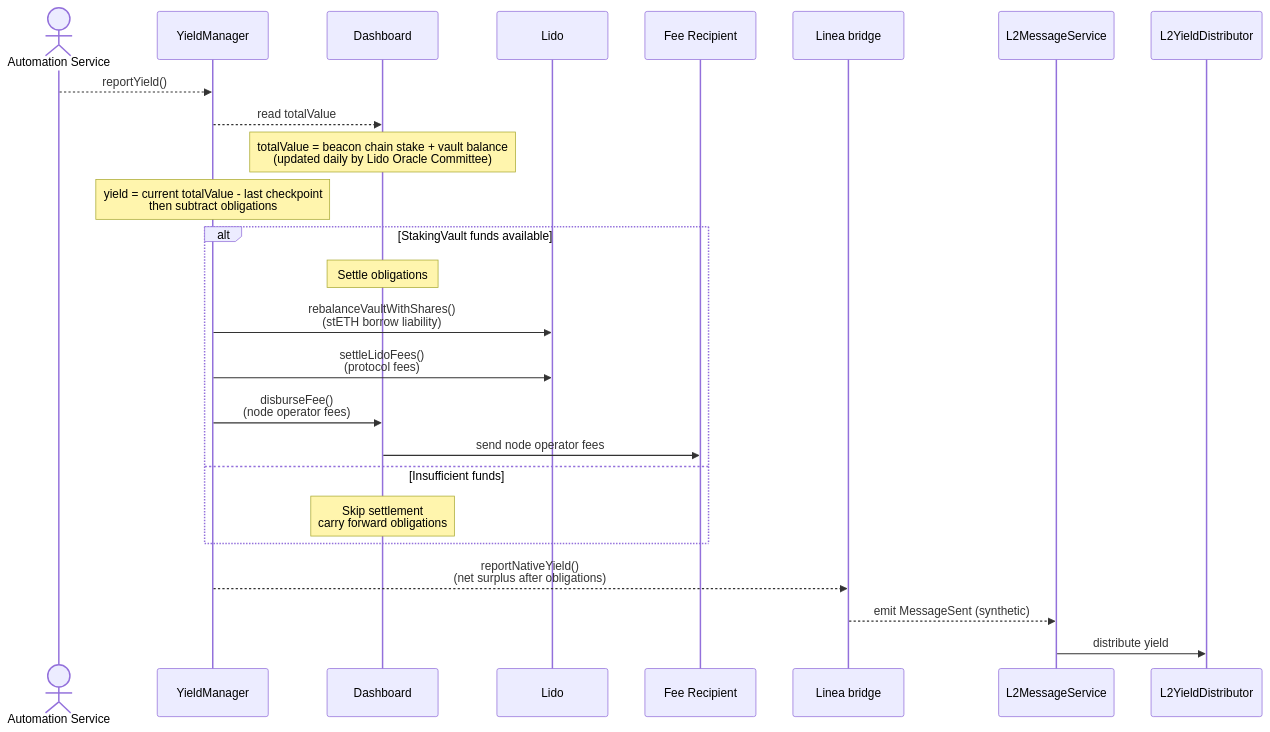
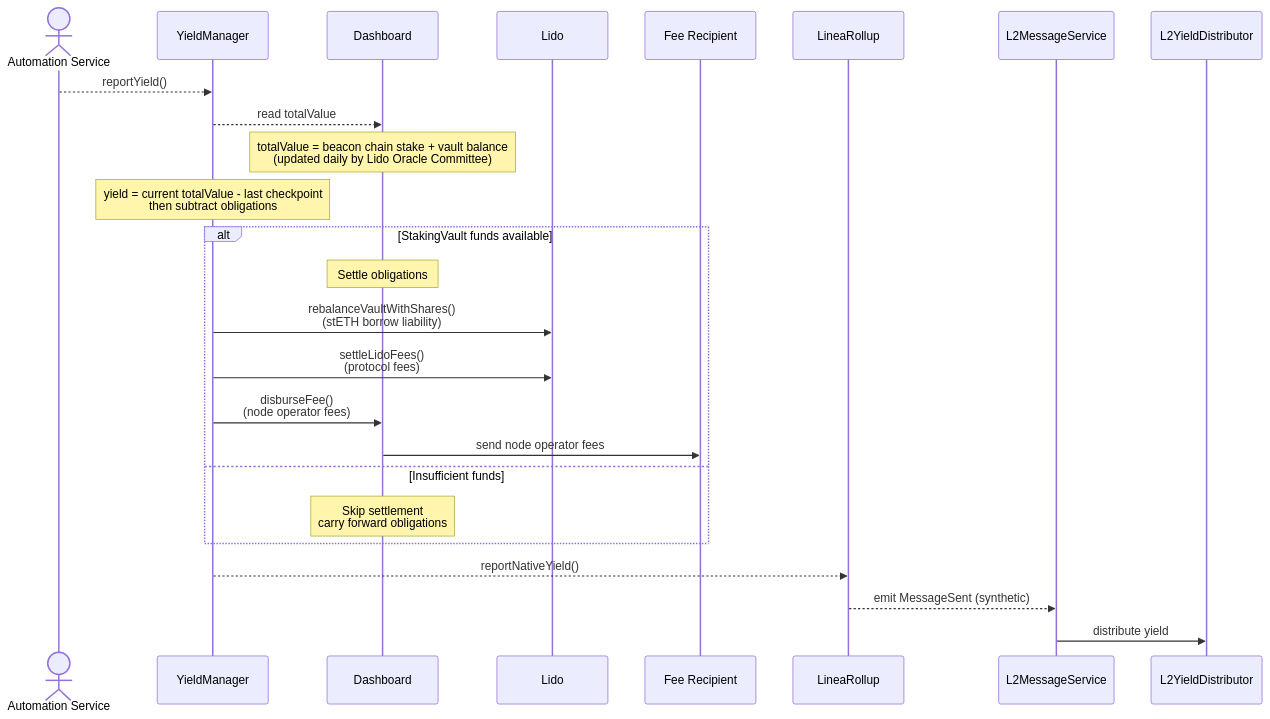
The fifth of 8 diagrams in docs/protocol/yield-boost-architecture.mdx (Consensys/doc.linea), drawn with Mermaid before and after one commit. The commit also changed other lines of this file and 1 other file, not shown here.

````diff
--- a/docs/protocol/yield-boost-architecture.mdx
+++ b/docs/protocol/yield-boost-architecture.mdx
@@ -211,30 +212,30 @@
 ```mermaid
 sequenceDiagram
     actor Auto as Automation Service
     participant YM as YieldManager
     participant DB as Dashboard
     participant Lido as Lido
     participant Fee as Fee Recipient
-    participant LR as Linea bridge
+    participant LR as LineaRollup
     participant L2MS as L2MessageService
     participant L2YD as L2YieldDistributor
 
     Auto-->>YM: reportYield()
     YM-->>DB: read totalValue
     Note over DB: totalValue = beacon chain stake + vault balance<br/>(updated daily by Lido Oracle Committee)
     Note over YM: yield = current totalValue - last checkpoint<br/>then subtract obligations
 
     alt StakingVault funds available
         Note over DB: Settle obligations
         YM->>Lido: rebalanceVaultWithShares()<br/>(stETH borrow liability)
         YM->>Lido: settleLidoFees()<br/>(protocol fees)
         YM->>DB: disburseFee()<br/>(node operator fees)
         DB->>Fee: send node operator fees
     else Insufficient funds
         Note over DB: Skip settlement<br/>carry forward obligations
     end
 
-    YM-->>LR: reportNativeYield()<br/>(net surplus after obligations)
+    YM-->>LR: reportNativeYield()
     LR-->>L2MS: emit MessageSent (synthetic)
     L2MS->>L2YD: distribute yield
 ```
````
